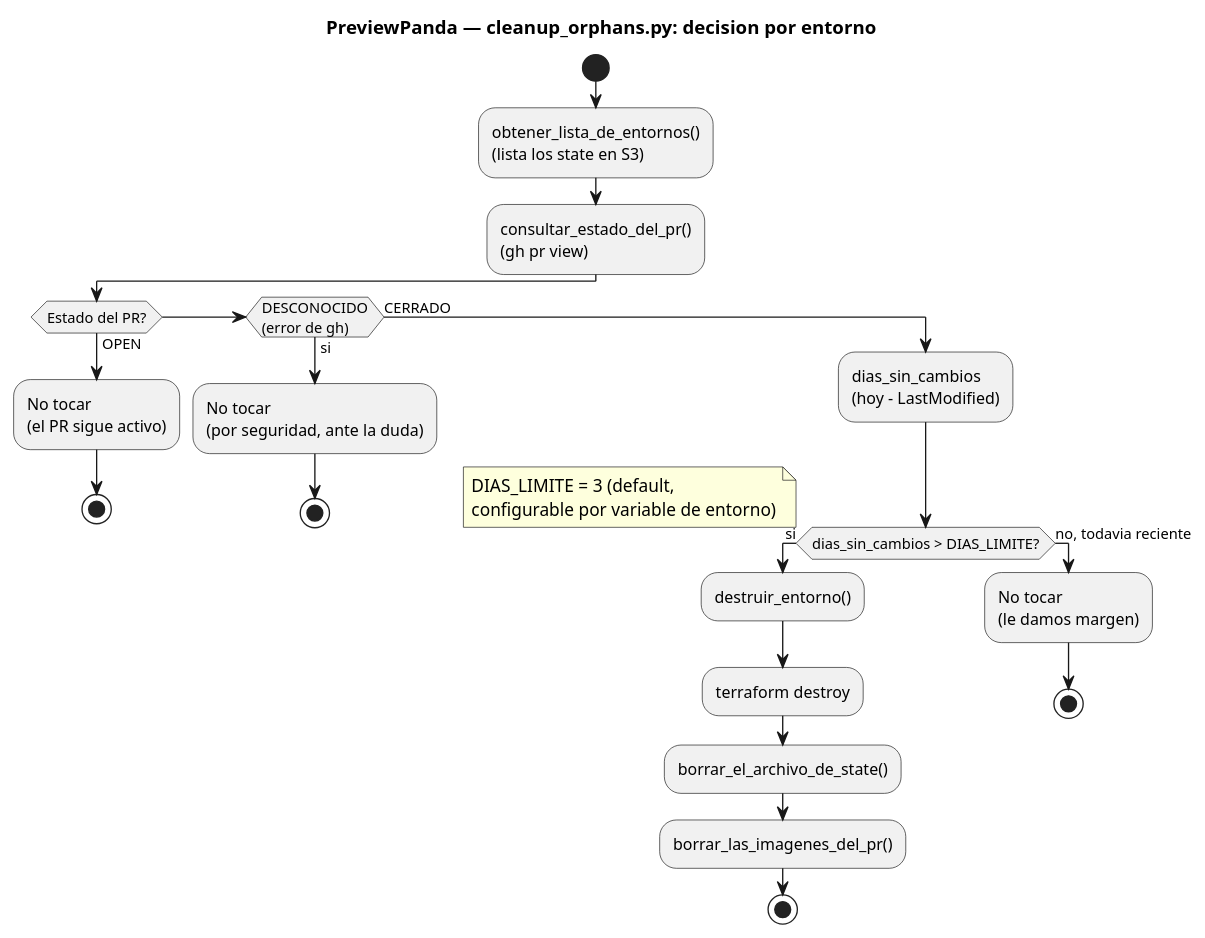
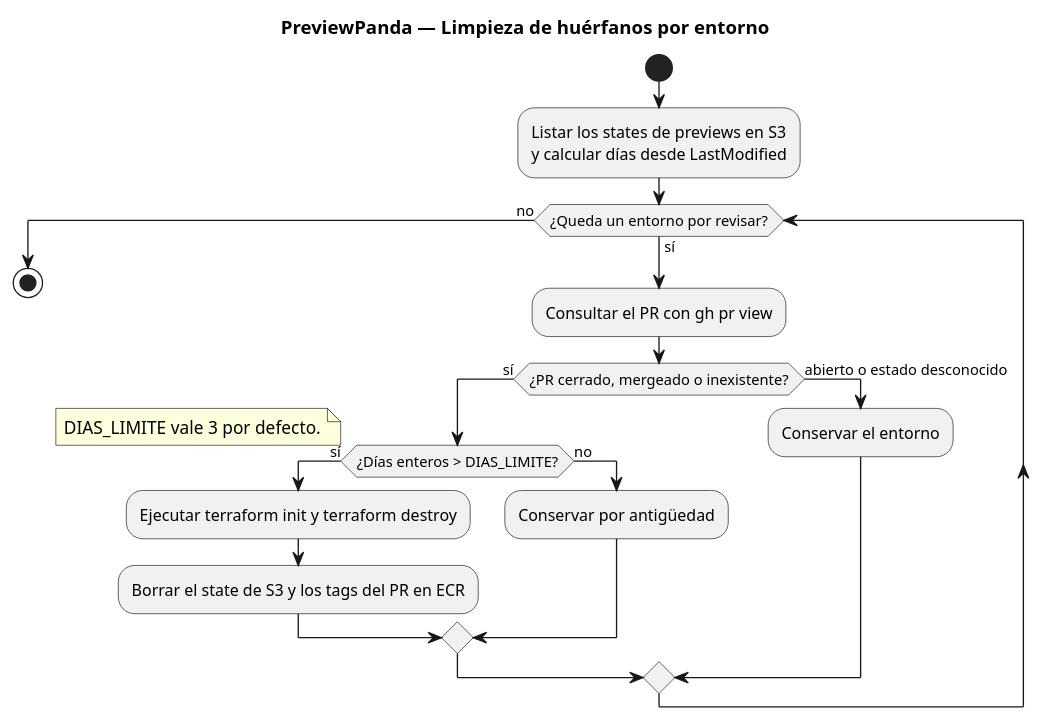
One commit to NicooGon/previewpanda changed the diagram in docs/diagrams/diagrama-estados-huerfanos.puml. Above: the diagram before and after it, drawn with PlantUML. The commit also changed 10 other files, not shown here.

```diff
--- a/docs/diagrams/diagrama-estados-huerfanos.puml
+++ b/docs/diagrams/diagrama-estados-huerfanos.puml
@@ -1,31 +1,23 @@
-@startuml PreviewPanda - Flujo del script de huerfanos
+@startuml diagrama2
 
-title PreviewPanda — cleanup_orphans.py: decision por entorno
+title PreviewPanda — Limpieza de huérfanos por entorno
 
 start
-:obtener_lista_de_entornos()\n(lista los state en S3);
-:consultar_estado_del_pr()\n(gh pr view);
-
-if (Estado del PR?) then (OPEN)
-  :No tocar\n(el PR sigue activo);
-  stop
-elseif (DESCONOCIDO\n(error de gh)) then (si)
-  :No tocar\n(por seguridad, ante la duda);
-  stop
-else (CERRADO)
-  :dias_sin_cambios\n(hoy - LastModified);
-
-  if (dias_sin_cambios > DIAS_LIMITE?) then (si)
-    floating note left: DIAS_LIMITE = 3 (default,\nconfigurable por variable de entorno)
-    :destruir_entorno();
-    :terraform destroy;
-    :borrar_el_archivo_de_state();
-    :borrar_las_imagenes_del_pr();
-    stop
-  else (no, todavia reciente)
-    :No tocar\n(le damos margen);
-    stop
+:Listar los states de previews en S3\ny calcular días desde LastModified;
+while (¿Queda un entorno por revisar?) is (sí)
+  :Consultar el PR con gh pr view;
+  if (¿PR cerrado, mergeado o inexistente?) then (sí)
+    if (¿Días enteros > DIAS_LIMITE?) then (sí)
+      floating note left: DIAS_LIMITE vale 3 por defecto.
+      :Ejecutar terraform init y terraform destroy;
+      :Borrar el state de S3 y los tags del PR en ECR;
+    else (no)
+      :Conservar por antigüedad;
+    endif
+  else (abierto o estado desconocido)
+    :Conservar el entorno;
   endif
-endif
+endwhile (no)
+stop
 
 @enduml
```
